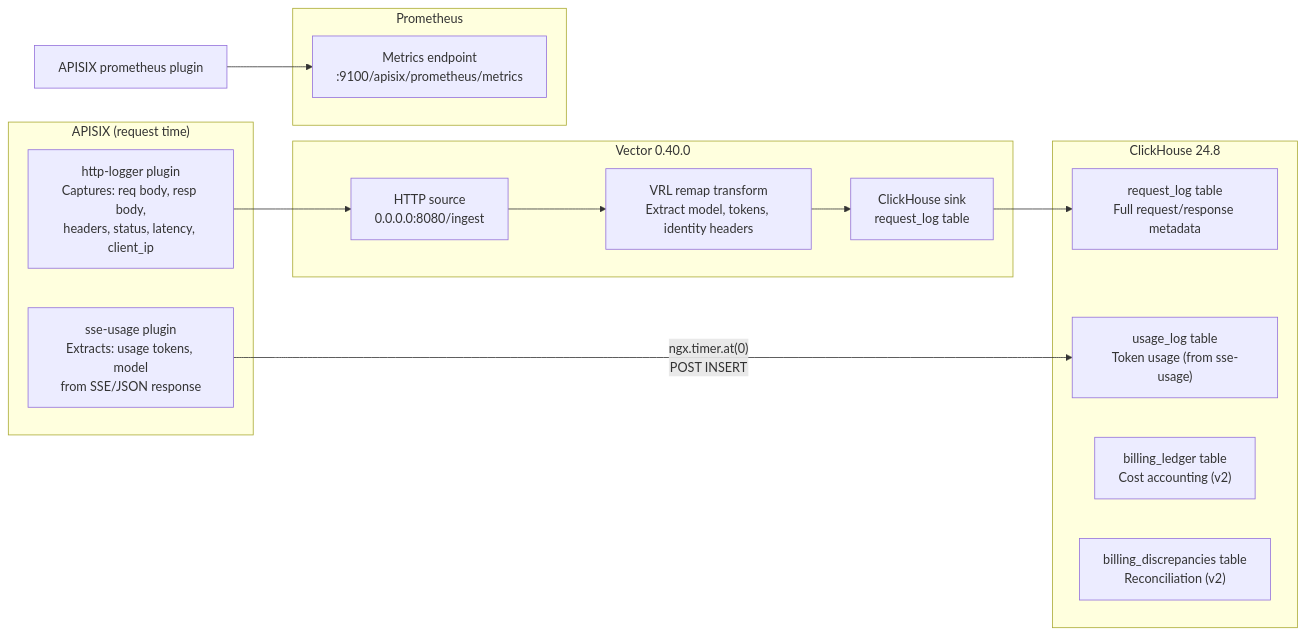
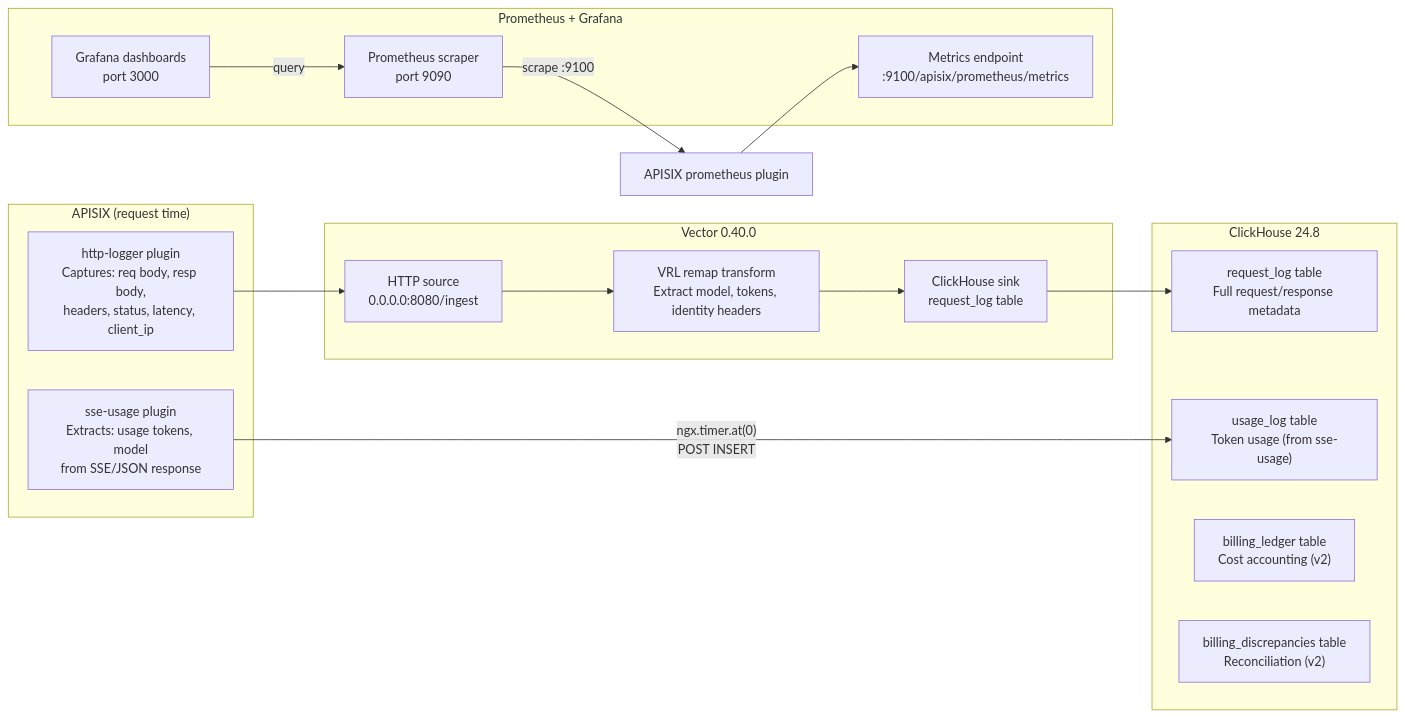
The tenth of 16 diagrams in docs/ARCHITECTURE.md (Independent-AI-Labs/WORKSPACE-GATEWAY), drawn with Mermaid before and after one commit. The commit also changed other lines of this file and 42 other files, not shown here.

````diff
--- a/docs/ARCHITECTURE.md
+++ b/docs/ARCHITECTURE.md
@@ -744,33 +808,37 @@
 ```mermaid
 graph LR
     subgraph "APISIX (request time)"
         HL["http-logger plugin<br/>Captures: req body, resp body,<br/>headers, status, latency, client_ip"]
         SU["sse-usage plugin<br/>Extracts: usage tokens, model<br/>from SSE/JSON response"]
     end
 
     subgraph "Vector 0.40.0"
         SRC["HTTP source<br/>0.0.0.0:8080/ingest"]
         RMX["VRL remap transform<br/>Extract model, tokens, identity headers"]
         SNK["ClickHouse sink<br/>request_log table"]
     end
 
     subgraph "ClickHouse 24.8"
         RL["request_log table<br/>Full request/response metadata"]
         UL["usage_log table<br/>Token usage (from sse-usage)"]
         BL["billing_ledger table<br/>Cost accounting (v2)"]
         BD["billing_discrepancies table<br/>Reconciliation (v2)"]
     end
 
     HL --> SRC
     SRC --> RMX
     RMX --> SNK
     SNK --> RL
 
     SU -->|"ngx.timer.at(0)"<br/>POST INSERT| UL
 
-    subgraph "Prometheus"
+    subgraph "Prometheus + Grafana"
         PROM["Metrics endpoint<br/>:9100/apisix/prometheus/metrics"]
+        PROMSVC["Prometheus scraper<br/>port 9090"]
+        GRAF["Grafana dashboards<br/>port 3000"]
     end
 
     APISIX2["APISIX prometheus plugin"] --> PROM
+    PROMSVC -->|"scrape :9100"| APISIX2
+    GRAF -->|"query"| PROMSVC
 ```
````
